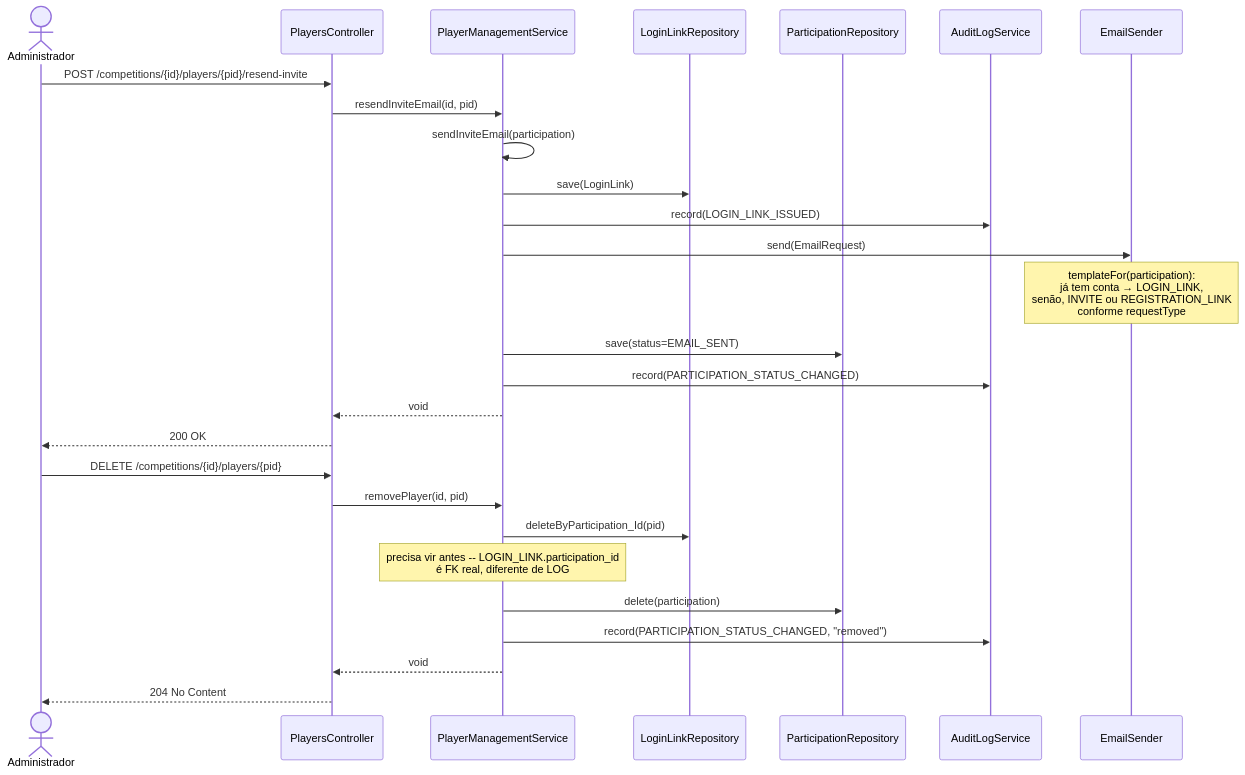
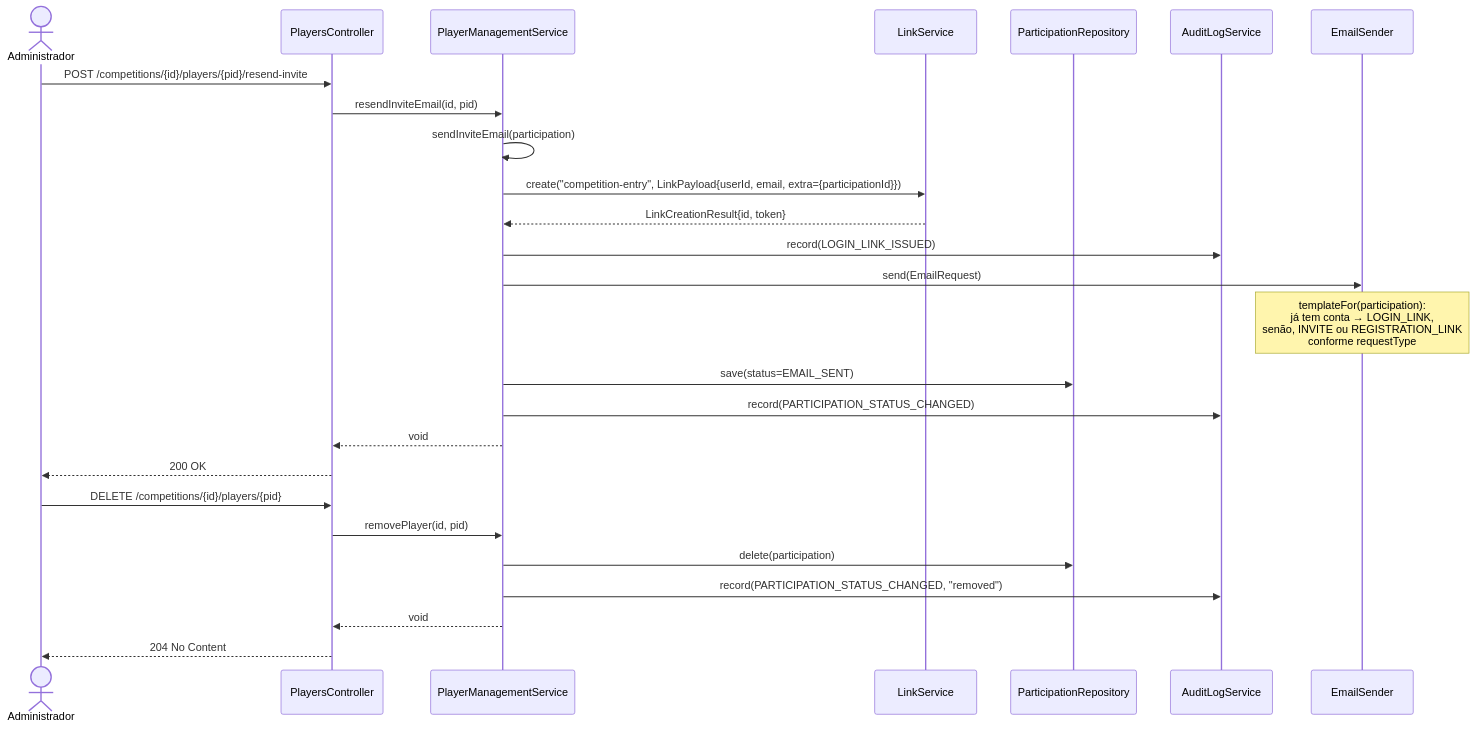
The eighth of 9 diagrams in docs/diagrams/sequencia.md (lalgarve/jogo-acoes), drawn with Mermaid before and after one commit. The commit also changed other lines of this file, not shown here.

First line of the commit message:
docs: refresh sequence diagrams for login/link after the 05-003 refactor

````diff
--- a/docs/diagrams/sequencia.md
+++ b/docs/diagrams/sequencia.md
@@ -217,31 +316,30 @@
 ```mermaid
 sequenceDiagram
     actor A as Administrador
     participant PC as PlayersController
     participant PS as PlayerManagementService
-    participant LLR as LoginLinkRepository
+    participant LiS as LinkService
     participant PR as ParticipationRepository
     participant AL as AuditLogService
     participant ES as EmailSender
 
     A->>PC: POST /competitions/{id}/players/{pid}/resend-invite
     PC->>PS: resendInviteEmail(id, pid)
     PS->>PS: sendInviteEmail(participation)
-    PS->>LLR: save(LoginLink)
+    PS->>LiS: create("competition-entry", LinkPayload{userId, email, extra={participationId}})
+    LiS-->>PS: LinkCreationResult{id, token}
     PS->>AL: record(LOGIN_LINK_ISSUED)
     PS->>ES: send(EmailRequest)
     Note over ES: templateFor(participation):<br/>já tem conta → LOGIN_LINK,<br/>senão, INVITE ou REGISTRATION_LINK<br/>conforme requestType
     PS->>PR: save(status=EMAIL_SENT)
     PS->>AL: record(PARTICIPATION_STATUS_CHANGED)
     PS-->>PC: void
     PC-->>A: 200 OK
 
     A->>PC: DELETE /competitions/{id}/players/{pid}
     PC->>PS: removePlayer(id, pid)
-    PS->>LLR: deleteByParticipation_Id(pid)
-    Note over PS: precisa vir antes -- LOGIN_LINK.participation_id<br/>é FK real, diferente de LOG
     PS->>PR: delete(participation)
     PS->>AL: record(PARTICIPATION_STATUS_CHANGED, "removed")
     PS-->>PC: void
     PC-->>A: 204 No Content
 ```
````
